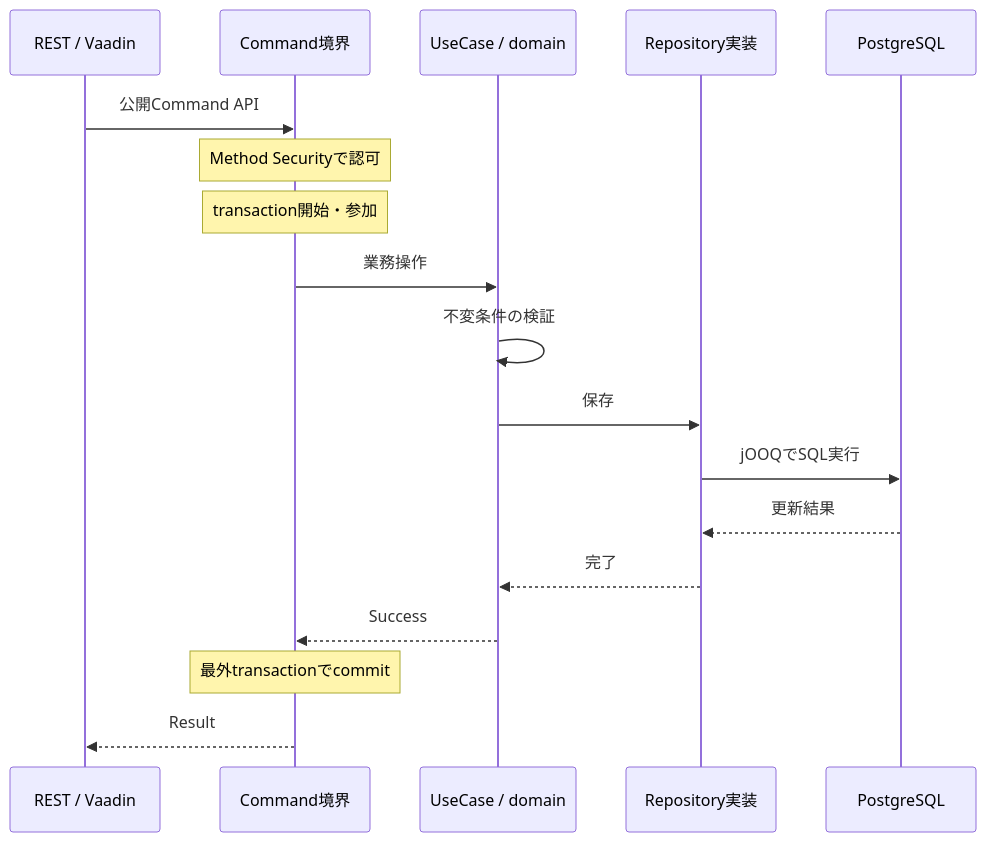
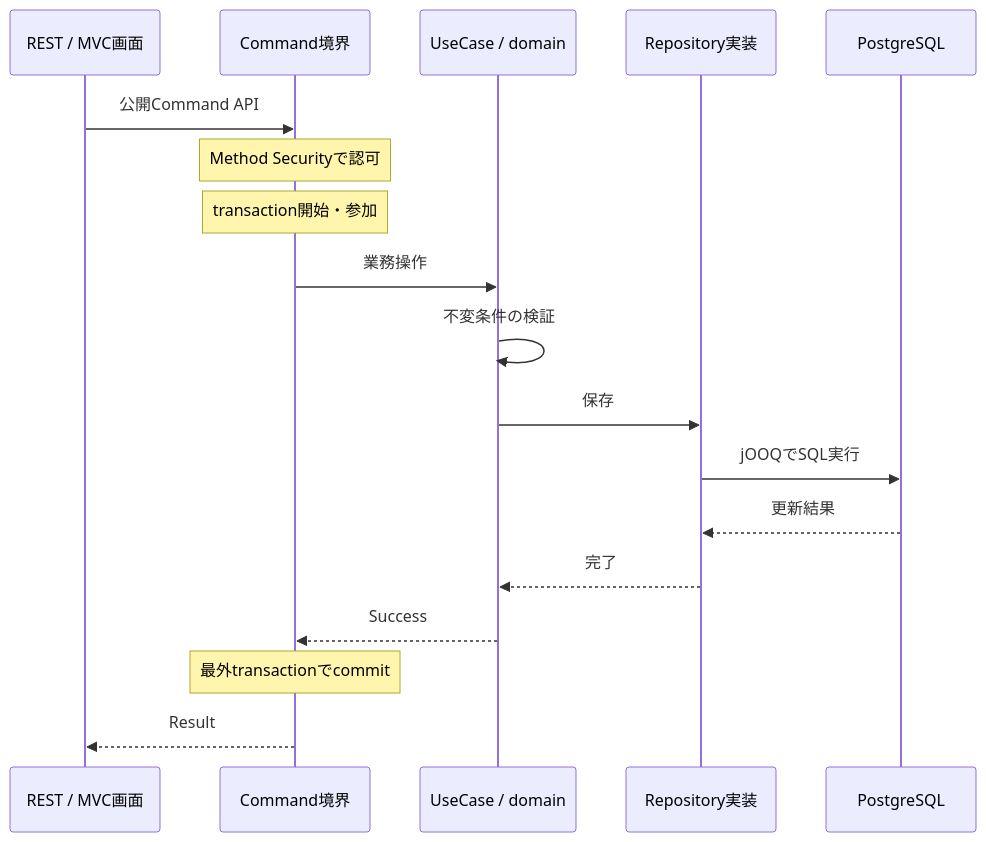
One commit to willowtown0576/spring-application-template changed the second of 2 diagrams in docs/architecture.md. Above: the diagram before and after it, drawn with Mermaid. The commit also changed other lines of this file and 49 other files, not shown here.

````diff
--- a/docs/architecture.md
+++ b/docs/architecture.md
@@ -67,22 +67,22 @@
 ```mermaid
 sequenceDiagram
     accTitle: Command実行
     accDescr: 認可・transaction境界を通る更新の順序
-    participant A as REST / Vaadin
+    participant A as REST / MVC画面
     participant B as Command境界
     participant U as UseCase / domain
     participant R as Repository実装
     participant D as PostgreSQL
     A->>B: 公開Command API
     Note over B: Method Securityで認可
     Note over B: transaction開始・参加
     B->>U: 業務操作
     U->>U: 不変条件の検証
     U->>R: 保存
     R->>D: jOOQでSQL実行
     D-->>R: 更新結果
     R-->>U: 完了
     U-->>B: Success
     Note over B: 最外transactionでcommit
     B-->>A: Result
 ```
````
